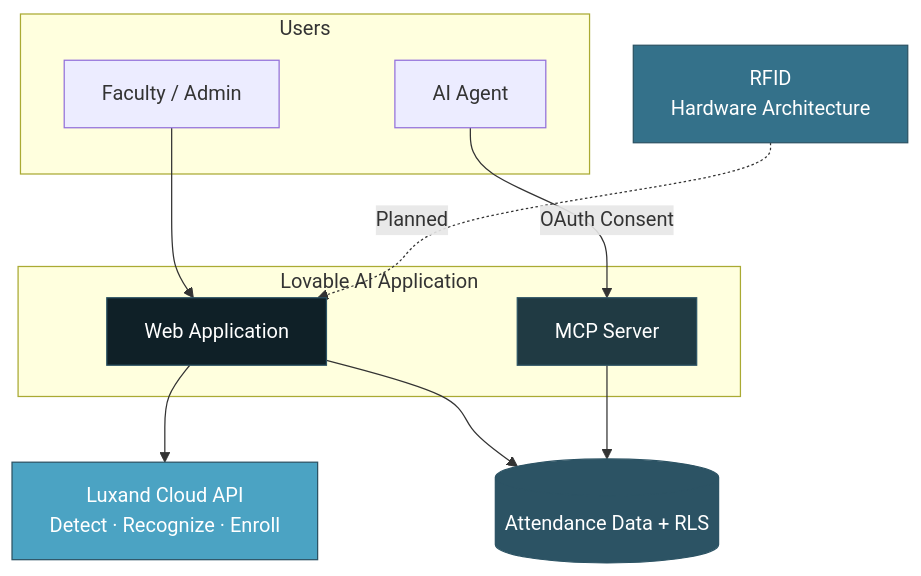
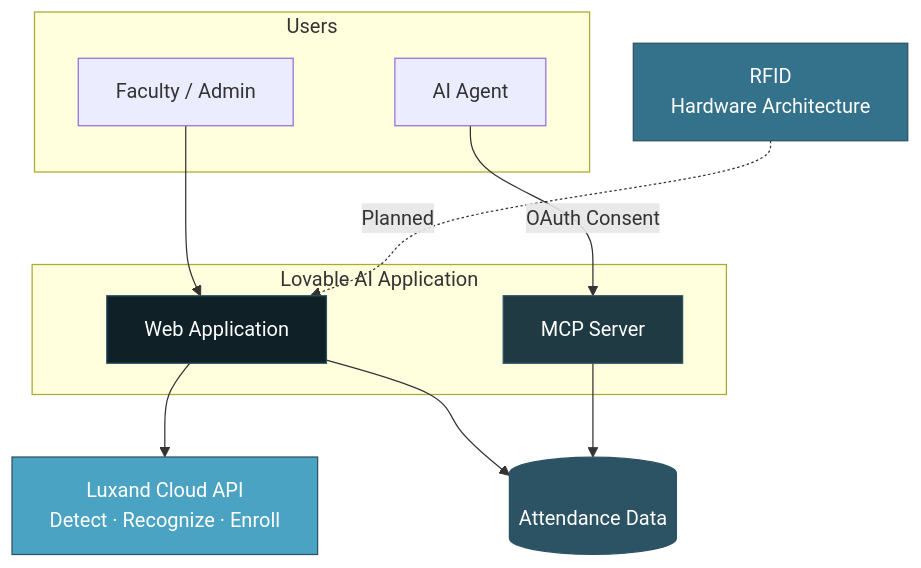
Before and after one commit to Riddhis2226/Edu-Vista-Attendance: the diagram in README.md, drawn with Mermaid. The commit also changed other lines of this file, not shown here.

````diff
--- a/README.md
+++ b/README.md
@@ -61,29 +59,29 @@
 ```mermaid
 flowchart TB
     subgraph Users
         F[Faculty / Admin]
         A[AI Agent]
     end
 
     subgraph Platform["Lovable AI Application"]
         APP[Web Application]
         MCP[MCP Server]
     end
 
     LUX[Luxand Cloud API<br/>Detect · Recognize · Enroll]
     RFID[RFID<br/>Hardware Architecture]
-    DB[(Attendance Data + RLS)]
+    DB[(Attendance Data)]
 
     F --> APP
     APP --> LUX
     APP --> DB
     RFID -.->|Planned| APP
     A -->|OAuth Consent| MCP
     MCP --> DB
 
     style APP fill:#0F2027,color:#fff,stroke:#2C5364
     style MCP fill:#203A43,color:#fff,stroke:#2C5364
     style LUX fill:#4BA3C3,color:#fff,stroke:#2C5364
     style RFID fill:#34718A,color:#fff,stroke:#2C5364
     style DB fill:#2C5364,color:#fff,stroke:#2C5364
 ```
````
